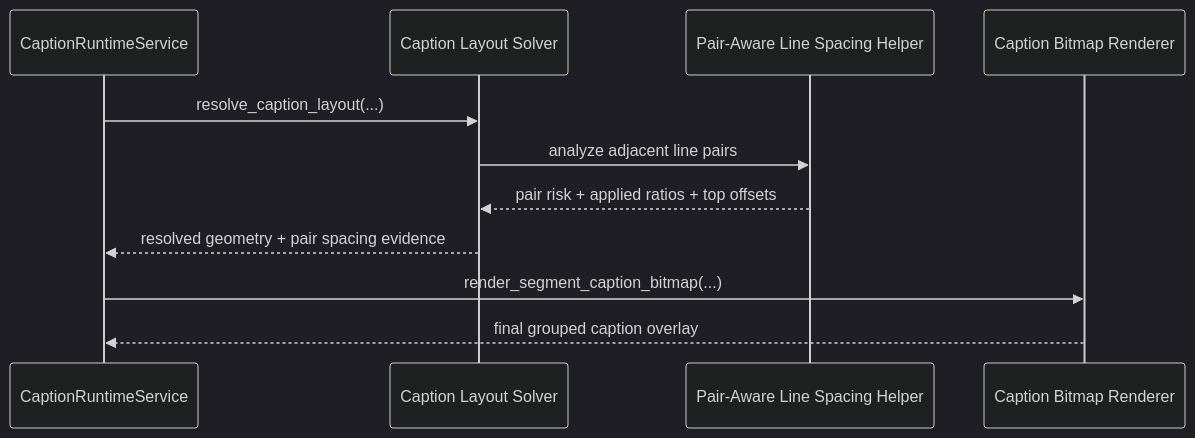
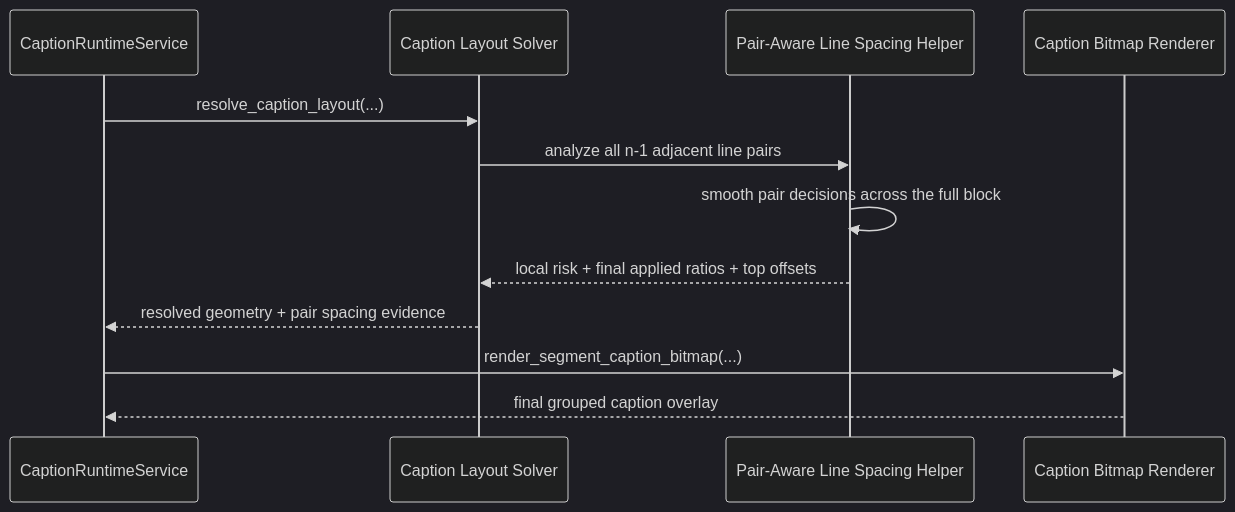
The second of 2 diagrams in doc/75_Thai_Pair_Aware_Line_Spacing_Workflow_2026-06-20.md (idev006/MTClipFactory), drawn with Mermaid (dark theme) before and after one commit. The commit also changed other lines of this file and 7 other files, not shown here.

````diff
--- a/doc/75_Thai_Pair_Aware_Line_Spacing_Workflow_2026-06-20.md
+++ b/doc/75_Thai_Pair_Aware_Line_Spacing_Workflow_2026-06-20.md
@@ -82,14 +86,15 @@
 ```mermaid
 sequenceDiagram
     participant Runtime as CaptionRuntimeService
     participant Layout as Caption Layout Solver
     participant Pair as Pair-Aware Line Spacing Helper
     participant Render as Caption Bitmap Renderer
 
     Runtime->>Layout: resolve_caption_layout(...)
-    Layout->>Pair: analyze adjacent line pairs
-    Pair-->>Layout: pair risk + applied ratios + top offsets
+    Layout->>Pair: analyze all n-1 adjacent line pairs
+    Pair->>Pair: smooth pair decisions across the full block
+    Pair-->>Layout: local risk + final applied ratios + top offsets
     Layout-->>Runtime: resolved geometry + pair spacing evidence
     Runtime->>Render: render_segment_caption_bitmap(...)
     Render-->>Runtime: final grouped caption overlay
 ```
````
